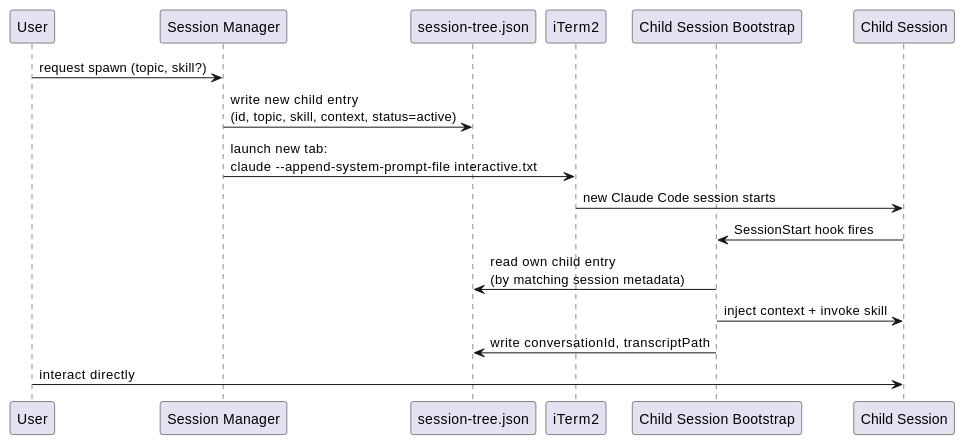
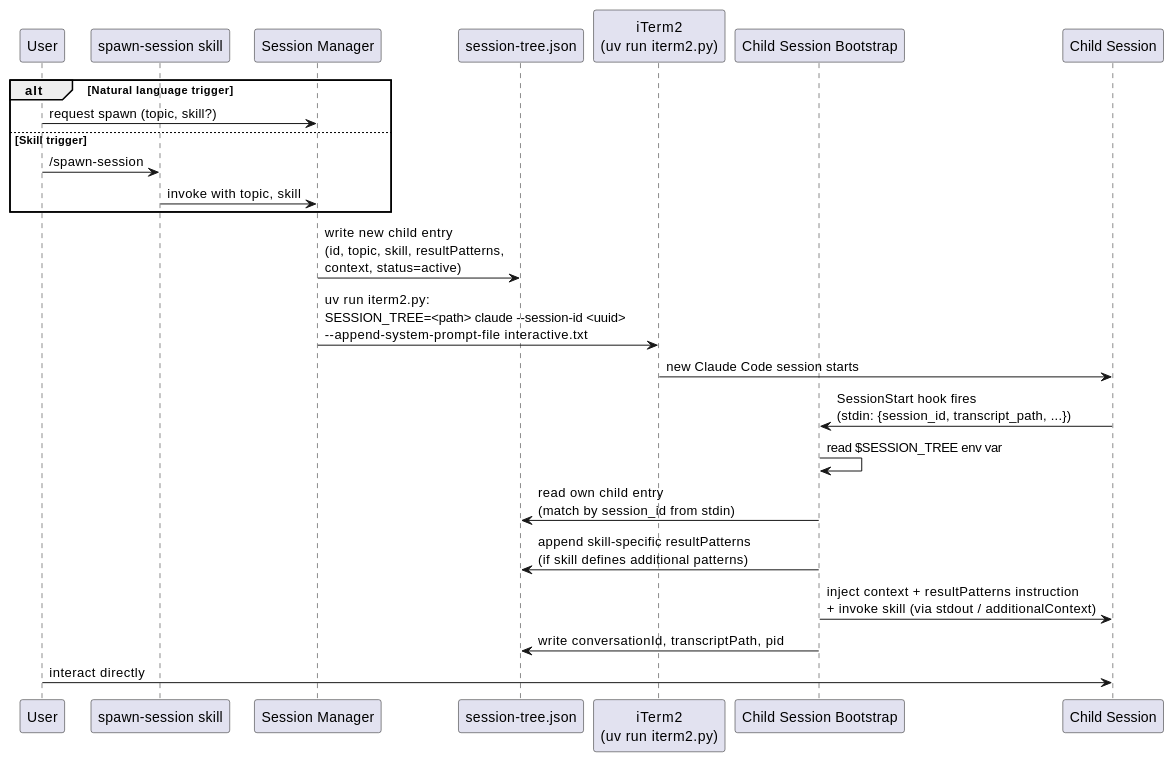
One commit to studykit/studykit-marketplace changed the third of 6 diagrams in A4/co-think/2026-03-29-2100-agent-orchestrator.architecture.md. Above: the diagram before and after it, drawn with PlantUML. The commit also changed other lines of this file and 2 other files, not shown here.

First line of the commit message:
feat(A4): refine agent orchestrator architecture and add supplement + tasks docs

````diff
--- a/A4/co-think/2026-03-29-2100-agent-orchestrator.architecture.md
+++ b/A4/co-think/2026-03-29-2100-agent-orchestrator.architecture.md
@@ -104,20 +111,29 @@
 ```plantuml
 @startuml
 participant "User" as U
+participant "spawn-session skill" as SK
 participant "Session Manager" as SM
 participant "session-tree.json" as ST
-participant "iTerm2" as IT
+participant "iTerm2\n(uv run iterm2.py)" as IT
 participant "Child Session Bootstrap" as CB
 participant "Child Session" as CS
 
-U -> SM : request spawn (topic, skill?)
-SM -> ST : write new child entry\n(id, topic, skill, context, status=active)
-SM -> IT : launch new tab:\nclaude --append-system-prompt-file interactive.txt
+alt Natural language trigger
+  U -> SM : request spawn (topic, skill?)
+else Skill trigger
+  U -> SK : /spawn-session
+  SK -> SM : invoke with topic, skill
+end
+
+SM -> ST : write new child entry\n(id, topic, skill, resultPatterns,\ncontext, status=active)
+SM -> IT : uv run iterm2.py:\nSESSION_TREE=<path> claude --session-id <uuid>\n--append-system-prompt-file interactive.txt
 IT -> CS : new Claude Code session starts
-CS -> CB : SessionStart hook fires
-CB -> ST : read own child entry\n(by matching session metadata)
-CB -> CS : inject context + invoke skill
-CB -> ST : write conversationId, transcriptPath
+CS -> CB : SessionStart hook fires\n(stdin: {session_id, transcript_path, ...})
+CB -> CB : read $SESSION_TREE env var
+CB -> ST : read own child entry\n(match by session_id from stdin)
+CB -> ST : append skill-specific resultPatterns\n(if skill defines additional patterns)
+CB -> CS : inject context + resultPatterns instruction\n+ invoke skill (via stdout / additionalContext)
+CB -> ST : write conversationId, transcriptPath, pid
 U -> CS : interact directly
 @enduml
 ```
````
